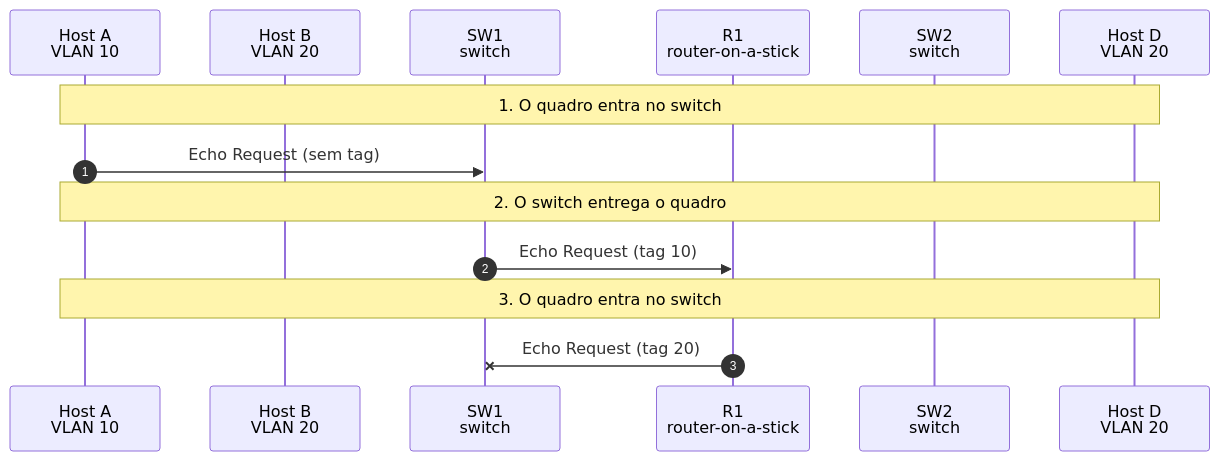
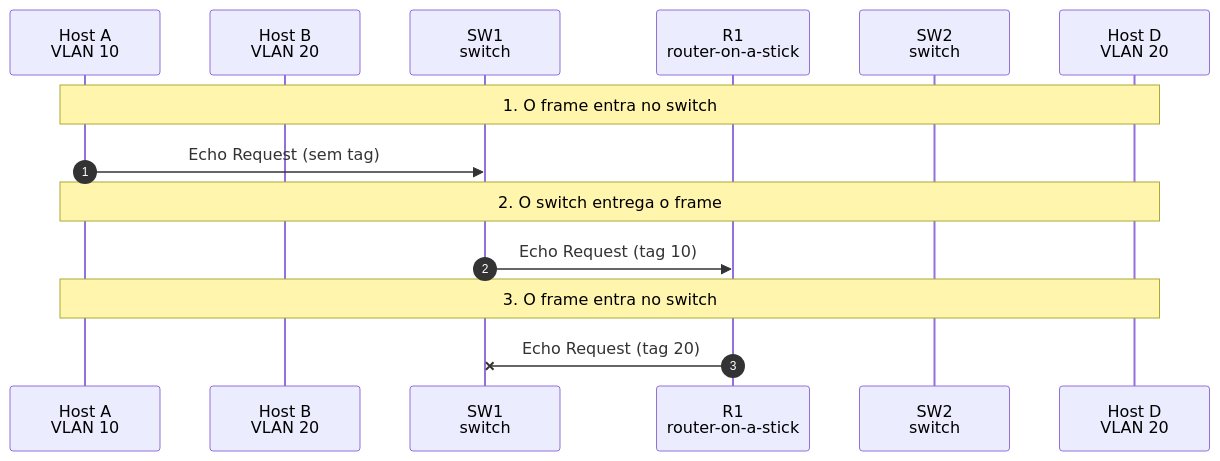
One commit to emanuel-bs/simul-net changed diagram 22 of 29 in docs/simuladores/vlan.md. Above: the diagram before and after it, drawn with Mermaid. The commit also changed other lines of this file and 96 other files, not shown here.

````diff
--- a/docs/simuladores/vlan.md
+++ b/docs/simuladores/vlan.md
@@ -812,16 +812,16 @@
 ```mermaid
 sequenceDiagram
   autonumber
   participant n_a as Host A<br/>VLAN 10
   participant n_b as Host B<br/>VLAN 20
   participant n_sw1 as SW1<br/>switch
   participant n_r1 as R1<br/>router-on-a-stick
   participant n_sw2 as SW2<br/>switch
   participant n_d as Host D<br/>VLAN 20
-  Note over n_a,n_d: 1. O quadro entra no switch
+  Note over n_a,n_d: 1. O frame entra no switch
   n_a ->> n_sw1: Echo Request (sem tag)
-  Note over n_a,n_d: 2. O switch entrega o quadro
+  Note over n_a,n_d: 2. O switch entrega o frame
   n_sw1 ->> n_r1: Echo Request (tag 10)
-  Note over n_a,n_d: 3. O quadro entra no switch
+  Note over n_a,n_d: 3. O frame entra no switch
   n_r1 -x n_sw1: Echo Request (tag 20)
 ```
````
